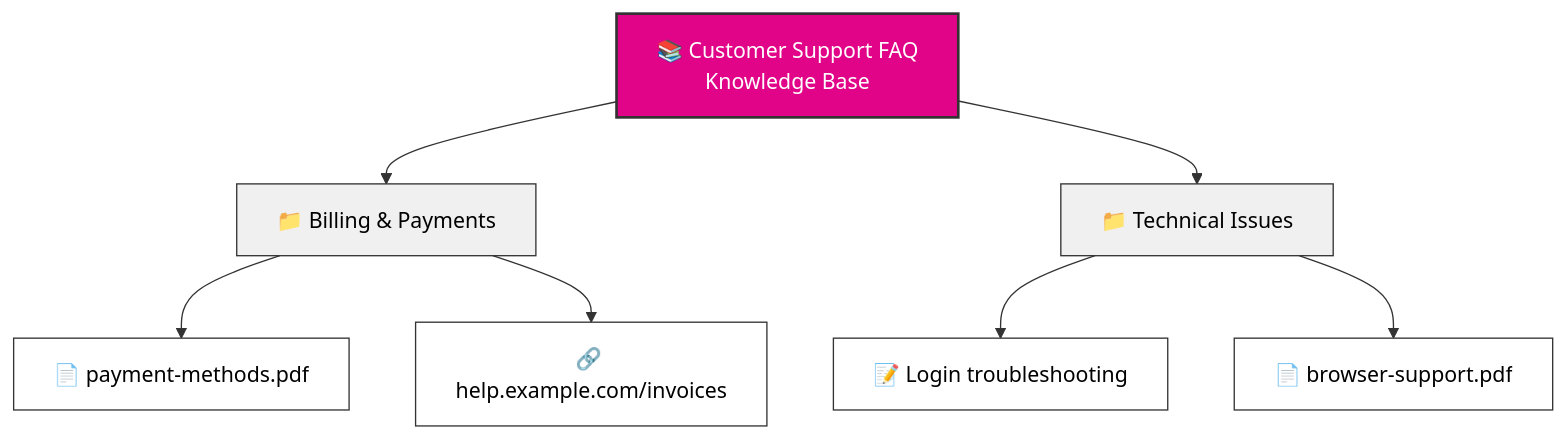
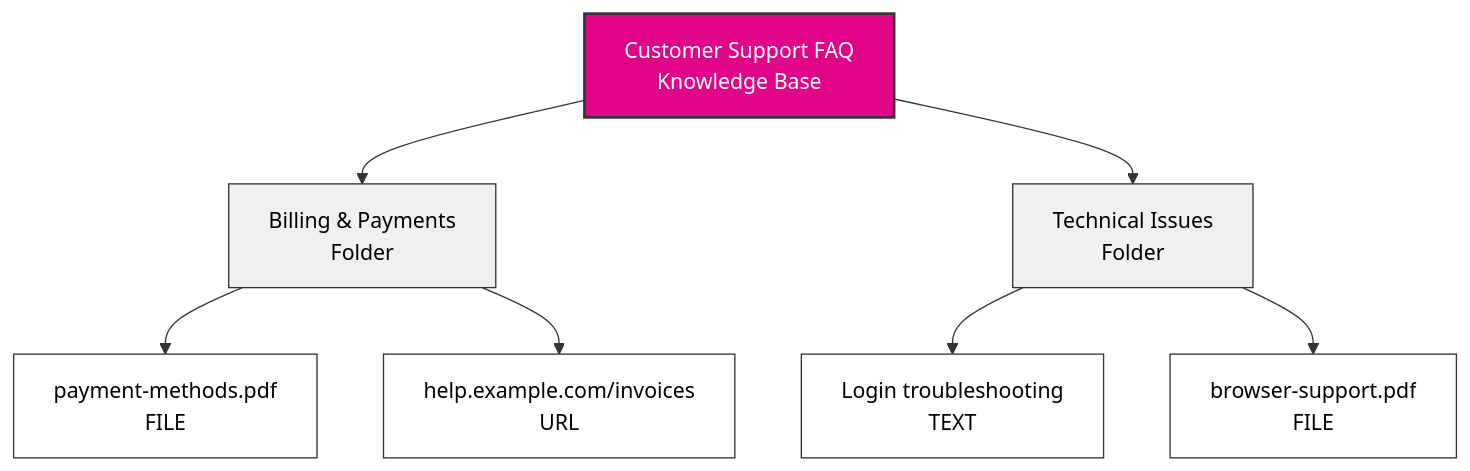
One commit to robertvy/docs changed the diagram in build/knowledge/architecture.mdx. Above: the diagram before and after it, drawn with Mermaid.

Commit message:
Remove emojis from Mermaid diagram: fix rendering issues and improve readability

````diff
--- a/build/knowledge/architecture.mdx
+++ b/build/knowledge/architecture.mdx
@@ -23,21 +23,21 @@
 ```mermaid
 graph TB
-    KB[📚 Customer Support FAQ<br/>Knowledge Base]
+    KB[Customer Support FAQ<br/>Knowledge Base]
 
-    KB --> F1[📁 Billing & Payments]
-    KB --> F2[📁 Technical Issues]
+    KB --> F1[Billing & Payments<br/>Folder]
+    KB --> F2[Technical Issues<br/>Folder]
 
-    F1 --> I1[📄 payment-methods.pdf]
-    F1 --> I2[🔗 help.example.com/invoices]
+    F1 --> I1[payment-methods.pdf<br/>FILE]
+    F1 --> I2[help.example.com/invoices<br/>URL]
 
-    F2 --> I3[📝 Login troubleshooting]
-    F2 --> I4[📄 browser-support.pdf]
+    F2 --> I3[Login troubleshooting<br/>TEXT]
+    F2 --> I4[browser-support.pdf<br/>FILE]
 
     style KB fill:#E10489,stroke:#333,stroke-width:2px,color:#fff
     style F1 fill:#f0f0f0,stroke:#333,stroke-width:1px,color:#000
     style F2 fill:#f0f0f0,stroke:#333,stroke-width:1px,color:#000
     style I1 fill:#fff,stroke:#333,stroke-width:1px,color:#000
     style I2 fill:#fff,stroke:#333,stroke-width:1px,color:#000
     style I3 fill:#fff,stroke:#333,stroke-width:1px,color:#000
     style I4 fill:#fff,stroke:#333,stroke-width:1px,color:#000
 ```
````
